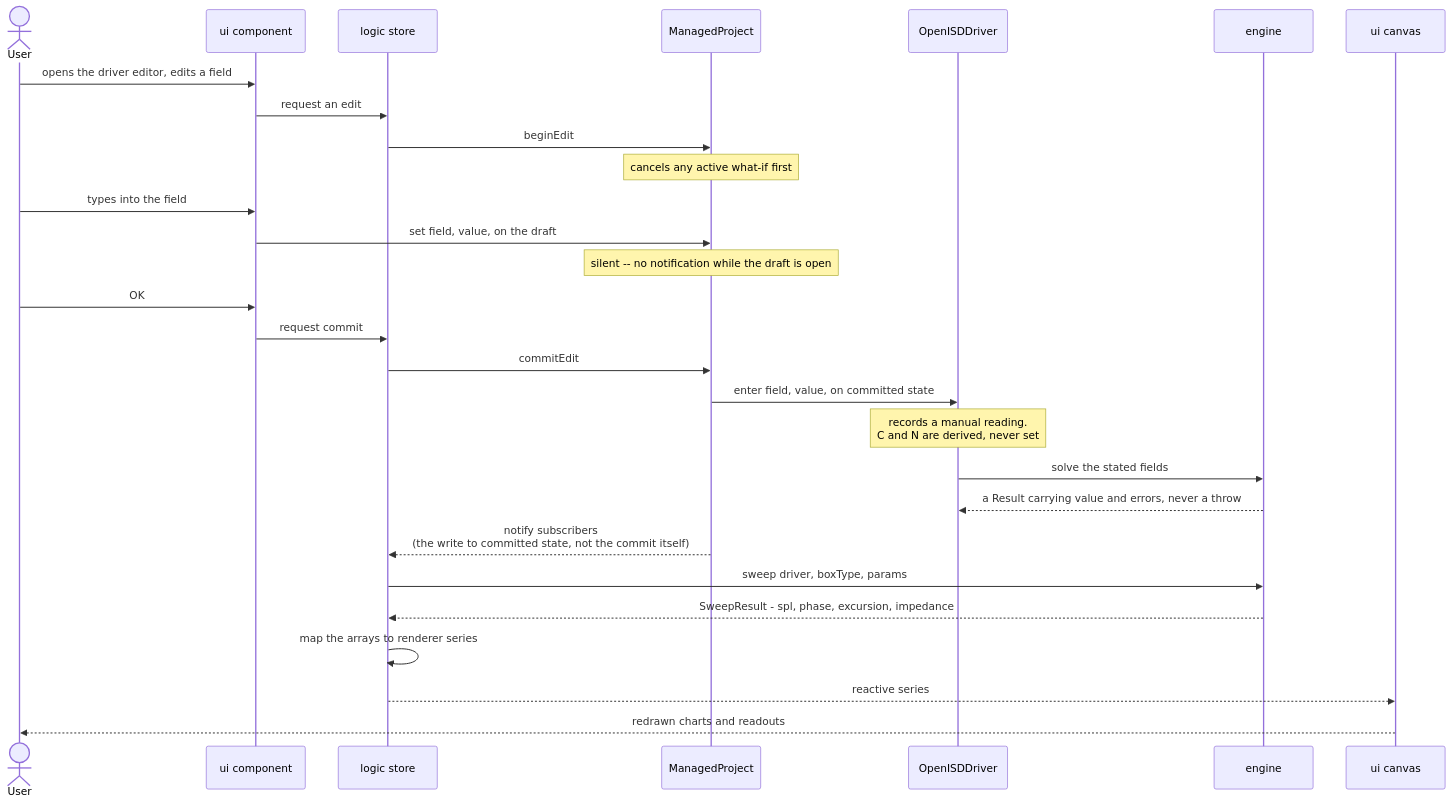
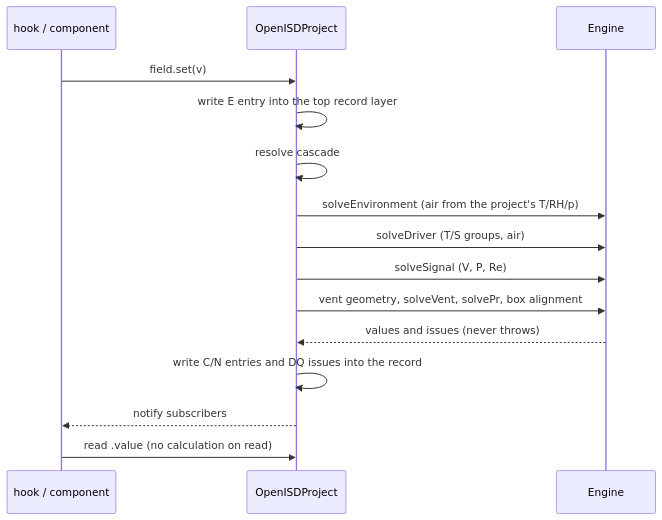
One commit to Johnlon/openisd changed the third of 3 diagrams in ARCHITECTURE.md. Above: the diagram before and after it, drawn with Mermaid. The commit also changed other lines of this file and 32 other files, not shown here.

First line of the commit message:
New ARCHITECTURE.md and RESEARCH.md; old root docs and scratch moved to archive folders

````diff
--- a/ARCHITECTURE.md
+++ b/ARCHITECTURE.md
@@ -1087,30 +147,17 @@
 ```mermaid
 sequenceDiagram
-    actor User
-    participant UI as ui component
-    participant Store as logic store
-    participant Managed as ManagedProject
-    participant Driver as OpenISDDriver
-    participant Engine as engine
-    participant Canvas as ui canvas
-    User ->> UI: opens the driver editor, edits a field
-    UI ->> Store: request an edit
-    Store ->> Managed: beginEdit
-    Note over Managed: cancels any active what-if first
-    User ->> UI: types into the field
-    UI ->> Managed: set field, value, on the draft
-    Note over Managed: silent -- no notification while the draft is open
-    User ->> UI: OK
-    UI ->> Store: request commit
-    Store ->> Managed: commitEdit
-    Managed ->> Driver: enter field, value, on committed state
-    Note over Driver: records a manual reading.<br/>C and N are derived, never set
-    Driver ->> Engine: solve the stated fields
-    Engine -->> Driver: a Result carrying value and errors, never a throw
-    Managed -->> Store: notify subscribers<br/>(the write to committed state, not the commit itself)
-    Store ->> Engine: sweep driver, boxType, params
-    Engine -->> Store: SweepResult - spl, phase, excursion, impedance
-    Store ->> Store: map the arrays to renderer series
-    Store -->> Canvas: reactive series
-    Canvas -->> User: redrawn charts and readouts
+    participant UI as hook / component
+    participant P as OpenISDProject
+    participant E as Engine
+    UI->>P: field.set(v)
+    P->>P: write E entry into the top record layer
+    P->>P: resolve cascade
+    P->>E: solveEnvironment (air from the project's T/RH/p)
+    P->>E: solveDriver (T/S groups, air)
+    P->>E: solveSignal (V, P, Re)
+    P->>E: vent geometry, solveVent, solvePr, box alignment
+    E-->>P: values and issues (never throws)
+    P->>P: write C/N entries and DQ issues into the record
+    P-->>UI: notify subscribers
+    UI->>P: read .value (no calculation on read)
 ```
````
